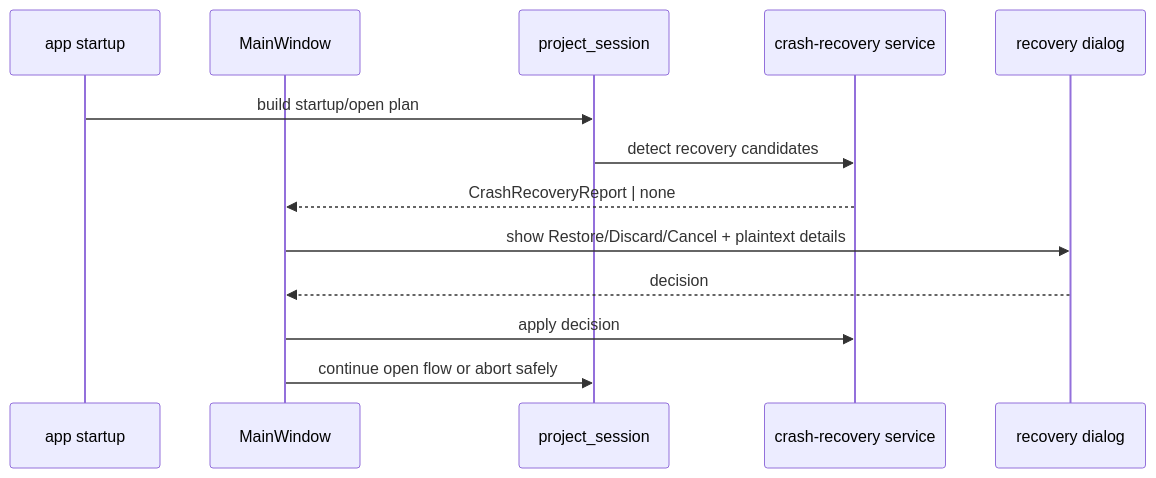
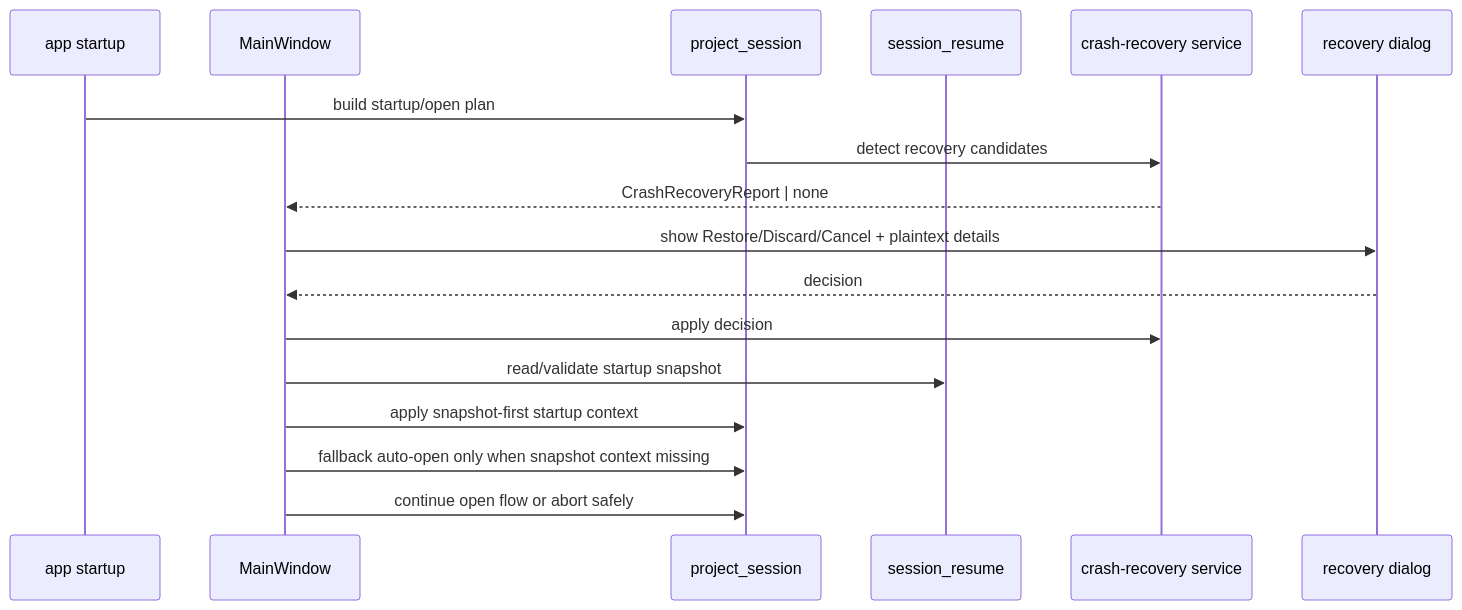
Before and after one commit to PlagaMedicum/TranslationZed-py: diagram 19 of 20 in docs/architecture/code_architecture.md, drawn with Mermaid. The commit also changed other lines of this file and 14 other files, not shown here.

Commit message:
docs: align A32 session-resume behavior and contracts

````diff
--- a/docs/architecture/code_architecture.md
+++ b/docs/architecture/code_architecture.md
@@ -539,16 +547,20 @@
 ```mermaid
 sequenceDiagram
   participant APP as app startup
   participant MW as MainWindow
   participant PS as project_session
+  participant SR as session_resume
   participant CR as crash-recovery service
   participant DLG as recovery dialog
 
   APP->>PS: build startup/open plan
   PS->>CR: detect recovery candidates
   CR-->>MW: CrashRecoveryReport | none
   MW->>DLG: show Restore/Discard/Cancel + plaintext details
   DLG-->>MW: decision
   MW->>CR: apply decision
+  MW->>SR: read/validate startup snapshot
+  MW->>PS: apply snapshot-first startup context
+  MW->>PS: fallback auto-open only when snapshot context missing
   MW->>PS: continue open flow or abort safely
 ```
````
